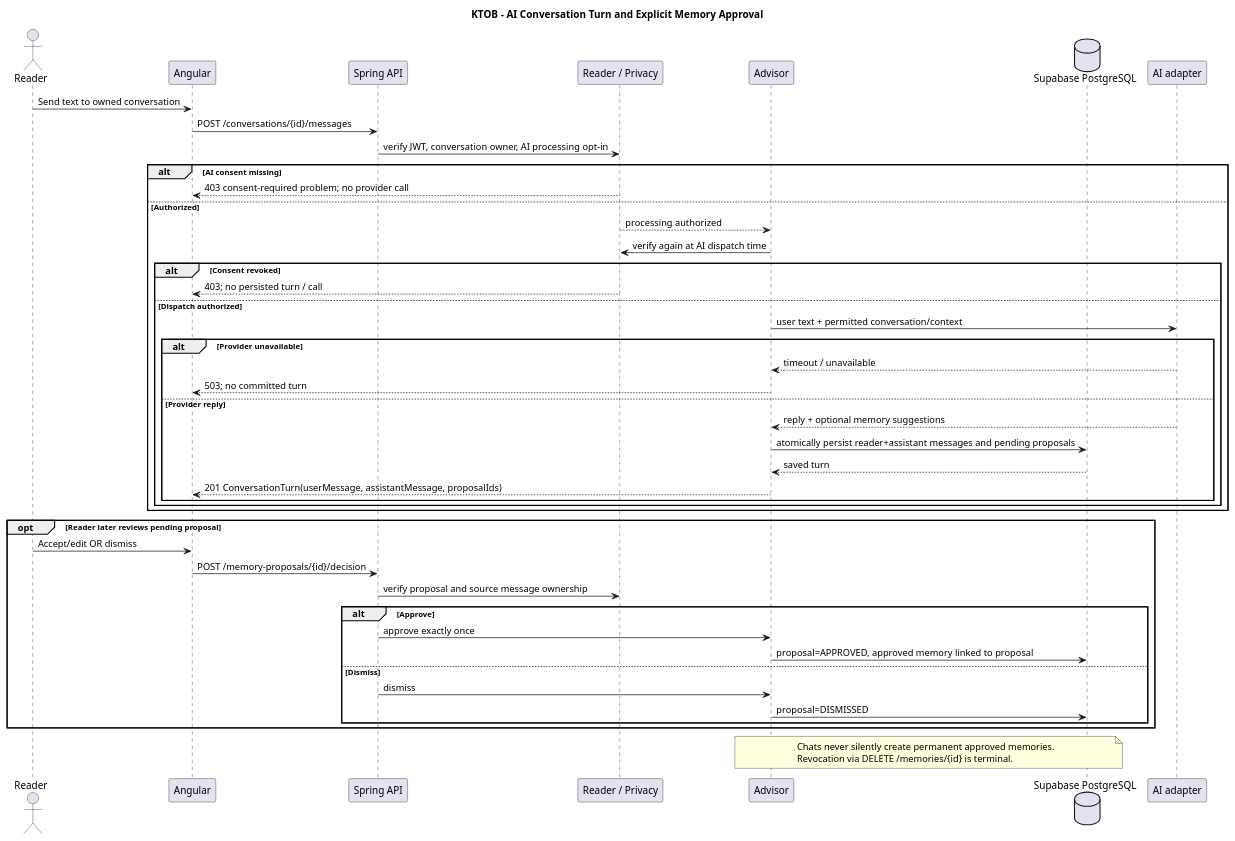
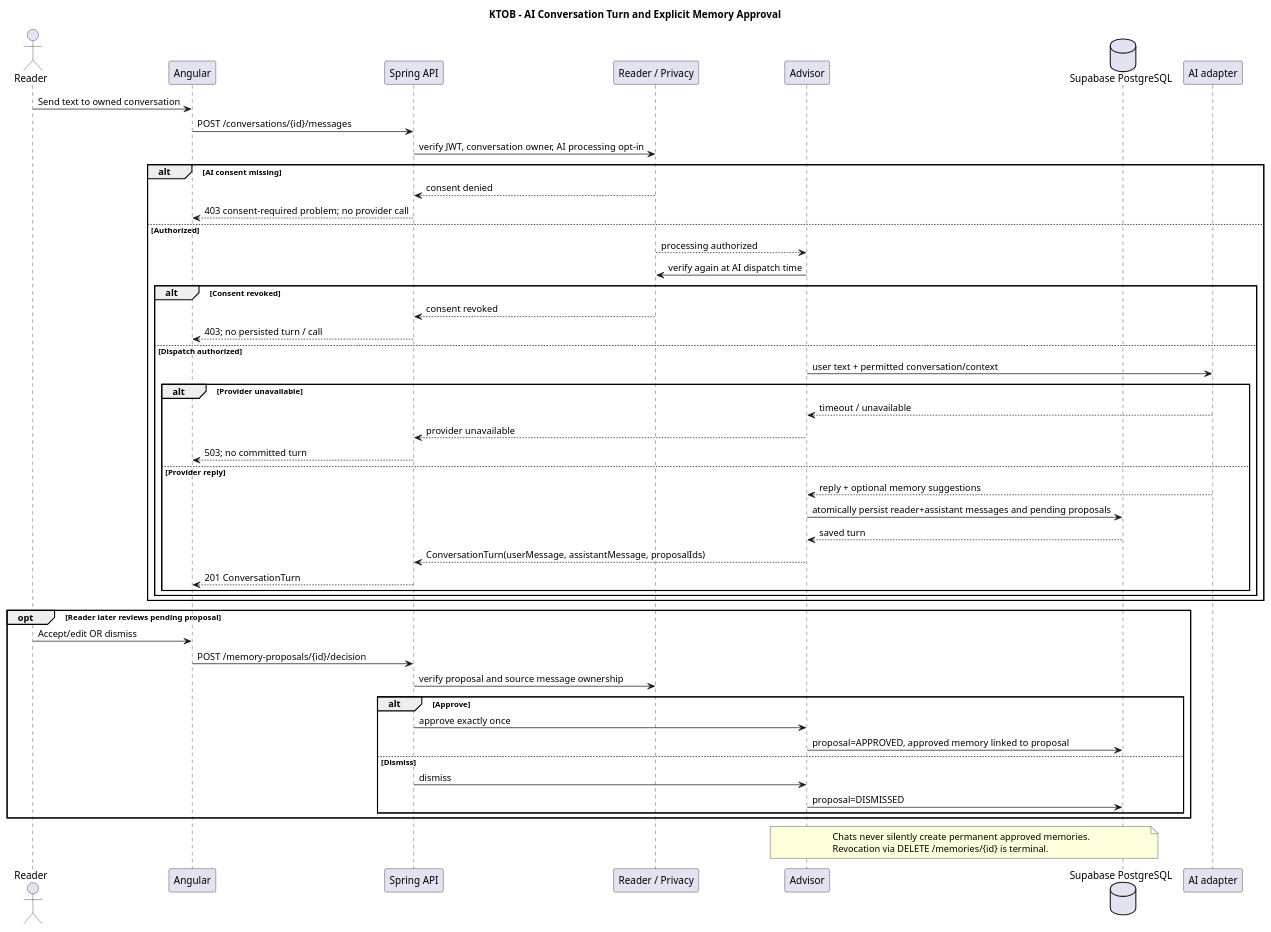
One commit to Adam-BArbia/ktob-literary-companion changed the diagram in docs/uml/10-sequence-memory.puml. Above: the diagram before and after it, drawn with PlantUML. The commit also changed 6 other files, not shown here.

Commit message:
docs(uml): route all responses through API and harden real SVG validation

```diff
--- a/docs/uml/10-sequence-memory.puml
+++ b/docs/uml/10-sequence-memory.puml
@@ -1,49 +1,53 @@
 @startuml KTOB_10_sequence_memory
 title KTOB - AI Conversation Turn and Explicit Memory Approval
 actor Reader
 participant "Angular" as UI
 participant "Spring API" as API
 participant "Reader / Privacy" as Privacy
 participant "Advisor" as Advisor
 database "Supabase PostgreSQL" as DB
 participant "AI adapter" as AI
 Reader -> UI : Send text to owned conversation
 UI -> API : POST /conversations/{id}/messages
 API -> Privacy : verify JWT, conversation owner, AI processing opt-in
 alt AI consent missing
- Privacy --> UI : 403 consent-required problem; no provider call
+ Privacy --> API : consent denied
+API --> UI : 403 consent-required problem; no provider call
 else Authorized
  Privacy --> Advisor : processing authorized
  Advisor -> Privacy : verify again at AI dispatch time
  alt Consent revoked
-  Privacy --> UI : 403; no persisted turn / call
+  Privacy --> API : consent revoked
+API --> UI : 403; no persisted turn / call
  else Dispatch authorized
   Advisor -> AI : user text + permitted conversation/context
   alt Provider unavailable
    AI --> Advisor : timeout / unavailable
-   Advisor --> UI : 503; no committed turn
+   Advisor --> API : provider unavailable
+API --> UI : 503; no committed turn
   else Provider reply
    AI --> Advisor : reply + optional memory suggestions
    Advisor -> DB : atomically persist reader+assistant messages and pending proposals
    DB --> Advisor : saved turn
-   Advisor --> UI : 201 ConversationTurn(userMessage, assistantMessage, proposalIds)
+   Advisor --> API : ConversationTurn(userMessage, assistantMessage, proposalIds)
+API --> UI : 201 ConversationTurn
   end
  end
 end
 opt Reader later reviews pending proposal
  Reader -> UI : Accept/edit OR dismiss
  UI -> API : POST /memory-proposals/{id}/decision
  API -> Privacy : verify proposal and source message ownership
  alt Approve
   API -> Advisor : approve exactly once
   Advisor -> DB : proposal=APPROVED, approved memory linked to proposal
  else Dismiss
   API -> Advisor : dismiss
   Advisor -> DB : proposal=DISMISSED
  end
 end
 note over Advisor,DB
 Chats never silently create permanent approved memories.
 Revocation via DELETE /memories/{id} is terminal.
 end note
 @enduml
```
